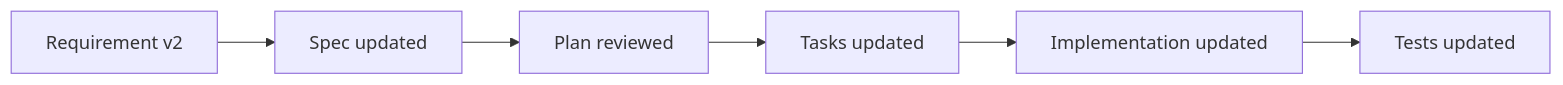
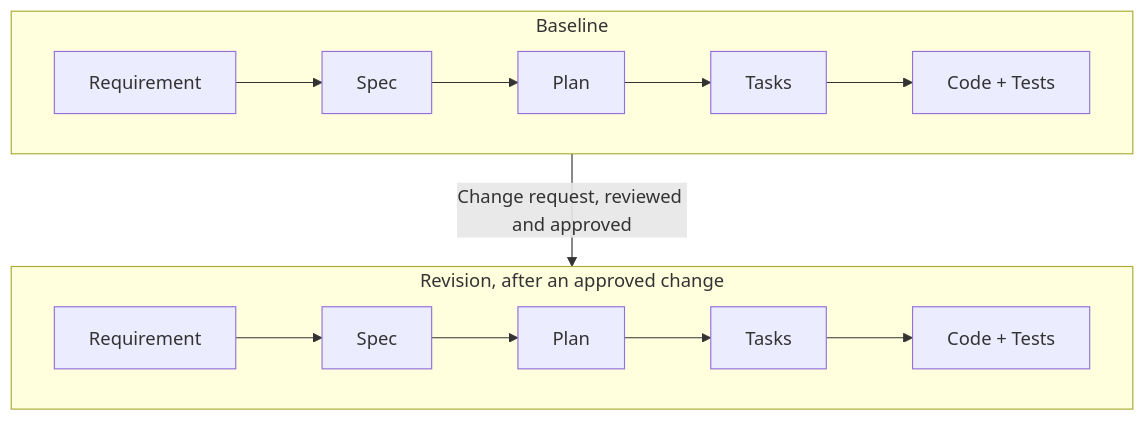
Diagram 16 of 17 in _posts/2026-09-13-spec-driven-development-hospital-erp.md (joeshc/AI-SDLC-SDD), drawn with Mermaid before and after one commit. The commit also changed other lines of this file and 1 other file, not shown here.

First line of the commit message:
Enhance the spec-driven development article

````diff
--- a/_posts/2026-09-13-spec-driven-development-hospital-erp.md
+++ b/_posts/2026-09-13-spec-driven-development-hospital-erp.md
@@ -704,4 +924,14 @@
 ```mermaid
-flowchart LR
-    A[Requirement v2] --> B[Spec updated] --> C[Plan reviewed] --> D[Tasks updated] --> E[Implementation updated] --> F[Tests updated]
+flowchart TD
+    subgraph V1["Baseline"]
+        direction LR
+        A1[Requirement] --> B1[Spec] --> C1[Plan] --> D1[Tasks] --> E1[Code + Tests]
+    end
+
+    subgraph V2["Revision, after an approved change"]
+        direction LR
+        A2[Requirement] --> B2[Spec] --> C2[Plan] --> D2[Tasks] --> E2[Code + Tests]
+    end
+
+    V1 -->|Change request, reviewed and approved| V2
 ```
````
